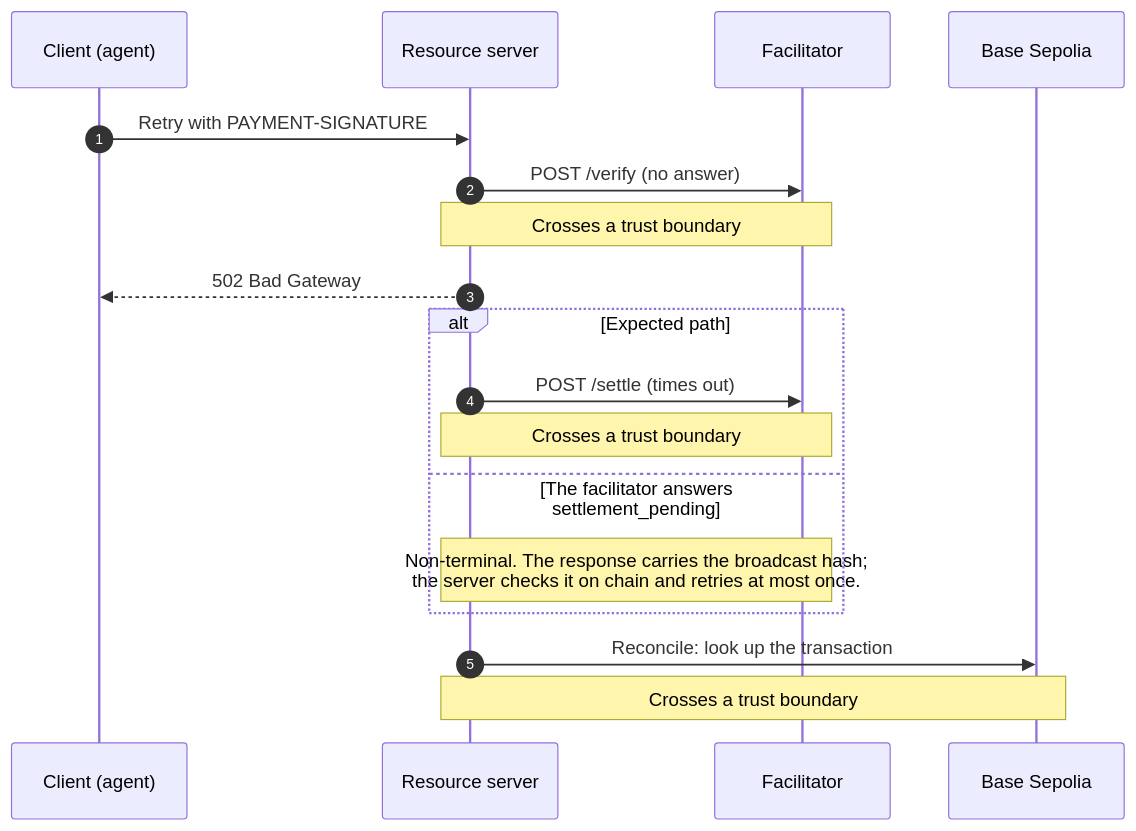
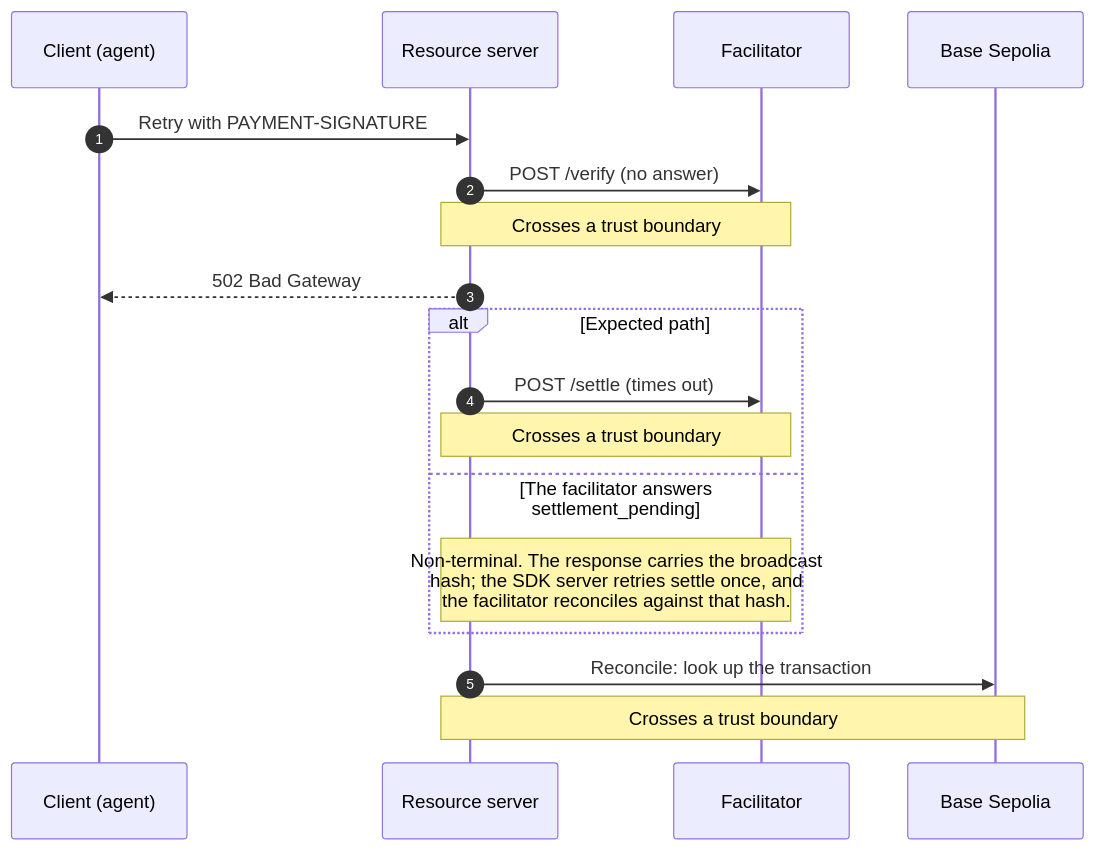
The diagram in src/generated/mermaid/x402-failure-facilitator-down.mmd (mercesAI/agentic-rails-atlas), drawn with Mermaid before and after one commit. The commit also changed 114 other files, not shown here.

```diff
--- a/src/generated/mermaid/x402-failure-facilitator-down.mmd
+++ b/src/generated/mermaid/x402-failure-facilitator-down.mmd
@@ -1,20 +1,20 @@
 sequenceDiagram
   accTitle: x402 failure: the facilitator is down or times out
-  accDescr: Sequence diagram: x402 failure: the facilitator is down or times out. 4 participants: Client (agent), Resource server, Facilitator, and Base Sepolia. 5 steps, 3 crossing a trust boundary, 1 failure branch. Based on x402 v2.0 (2025-12-09). Step 1: Client (agent) to Resource server: Retry with PAYMENT-SIGNATURE. Step 2: Resource server to Facilitator: POST /verify (no answer). This step crosses a trust boundary. Step 3: Resource server to Client (agent): 502 Bad Gateway. Step 4: Resource server to Facilitator: POST /settle (times out). This step crosses a trust boundary. If The facilitator answers settlement_pending: Non-terminal. The response carries the broadcast hash the server checks it on chain and retries at most once. Step 5: Resource server to Base Sepolia: Reconcile: look up the transaction. This step crosses a trust boundary.
+  accDescr: Sequence diagram: x402 failure: the facilitator is down or times out. 4 participants: Client (agent), Resource server, Facilitator, and Base Sepolia. 5 steps, 3 crossing a trust boundary, 1 failure branch. Based on x402 v2.0 (2025-12-09). Step 1: Client (agent) to Resource server: Retry with PAYMENT-SIGNATURE. Step 2: Resource server to Facilitator: POST /verify (no answer). This step crosses a trust boundary. Step 3: Resource server to Client (agent): 502 Bad Gateway. Step 4: Resource server to Facilitator: POST /settle (times out). This step crosses a trust boundary. If The facilitator answers settlement_pending: Non-terminal. The response carries the broadcast hash the SDK server retries settle once, and the facilitator reconciles against that hash. Step 5: Resource server to Base Sepolia: Reconcile: look up the transaction. This step crosses a trust boundary.
   autonumber
   participant p_client as Client (agent)
   participant p_server as Resource server
   participant p_facilitator as Facilitator
   participant p_chain as Base Sepolia
   p_client->>p_server: Retry with PAYMENT-SIGNATURE
   p_server->>p_facilitator: POST /verify (no answer)
   Note over p_server,p_facilitator: Crosses a trust boundary
   p_server-->>p_client: 502 Bad Gateway
   alt Expected path
     p_server->>p_facilitator: POST /settle (times out)
     Note over p_server,p_facilitator: Crosses a trust boundary
   else The facilitator answers settlement_pending
-    Note over p_server,p_facilitator: Non-terminal. The response carries the broadcast hash#59;<br/>the server checks it on chain and retries at most once.
+    Note over p_server,p_facilitator: Non-terminal. The response carries the broadcast<br/>hash#59; the SDK server retries settle once, and<br/>the facilitator reconciles against that hash.
   end
   p_server->>p_chain: Reconcile: look up the transaction
   Note over p_server,p_chain: Crosses a trust boundary
```
